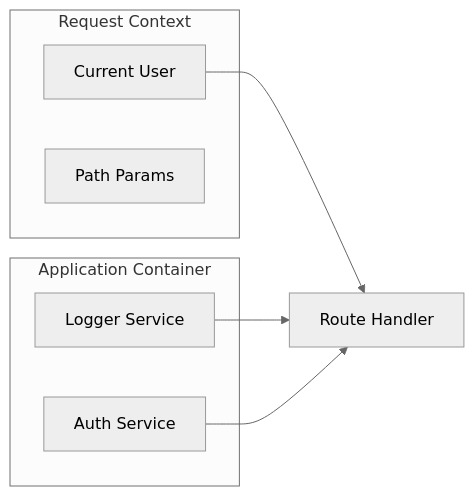
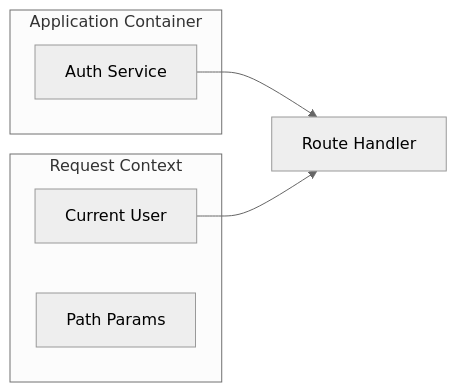
Before and after one commit to creedpetitt/mojito: the second of 2 diagrams in docs/architecture.md, drawn with Mermaid (neutral theme). The commit also changed other lines of this file and 29 other files, not shown here.

````diff
--- a/docs/architecture.md
+++ b/docs/architecture.md
@@ -40,16 +40,14 @@
 ```mermaid
 graph LR
     subgraph AppContainer [Application Container]
-        Logger[Logger Service]
         Auth[Auth Service]
     end
 
     subgraph ReqContext [Request Context]
         User[Current User]
         Params[Path Params]
     end
 
     Auth --> Handler[Route Handler]
     User --> Handler
-    Logger --> Handler
 ```
````
